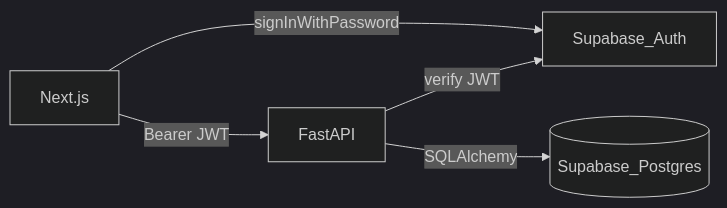
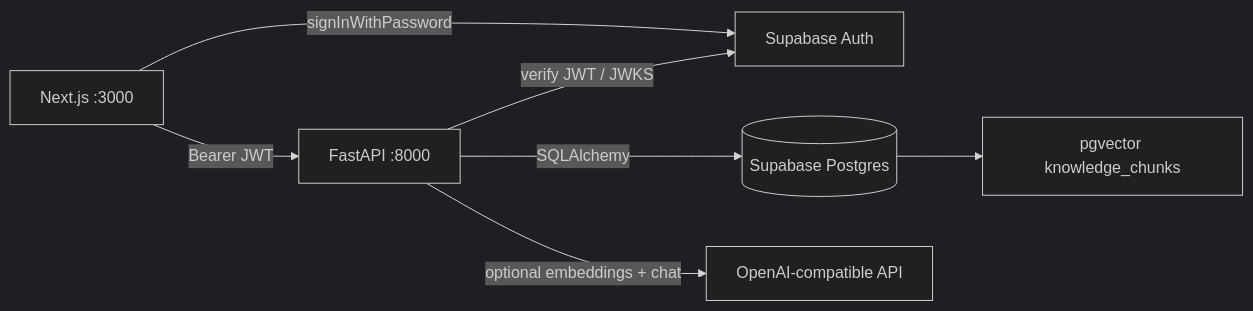
One commit to DevDash-26/Team-Axiom changed the second of 3 diagrams in REPORT.md. Above: the diagram before and after it, drawn with Mermaid (dark theme). The commit also changed other lines of this file and 1 other file, not shown here.

````diff
--- a/REPORT.md
+++ b/REPORT.md
@@ -66,7 +95,9 @@
 ```mermaid
 flowchart LR
-  Browser[Next.js] -->|"signInWithPassword"| Auth[Supabase_Auth]
-  Browser -->|"Bearer JWT"| API[FastAPI]
-  API -->|"verify JWT"| Auth
-  API -->|"SQLAlchemy"| DB[(Supabase_Postgres)]
+  Browser[Next.js :3000] -->|"signInWithPassword"| Auth[Supabase Auth]
+  Browser -->|"Bearer JWT"| API[FastAPI :8000]
+  API -->|"verify JWT / JWKS"| Auth
+  API -->|"SQLAlchemy"| DB[(Supabase Postgres)]
+  API -->|"optional embeddings + chat"| LLM[OpenAI-compatible API]
+  DB --> Vec[pgvector knowledge_chunks]
 ```
````
